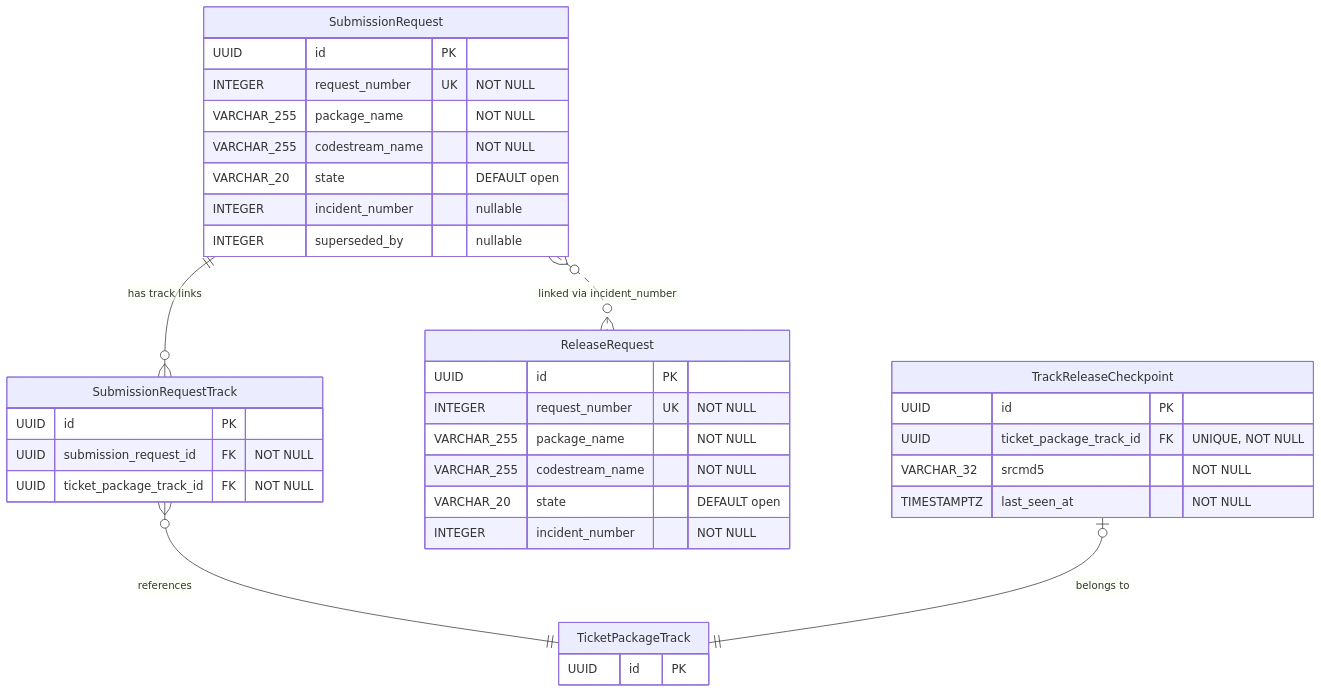
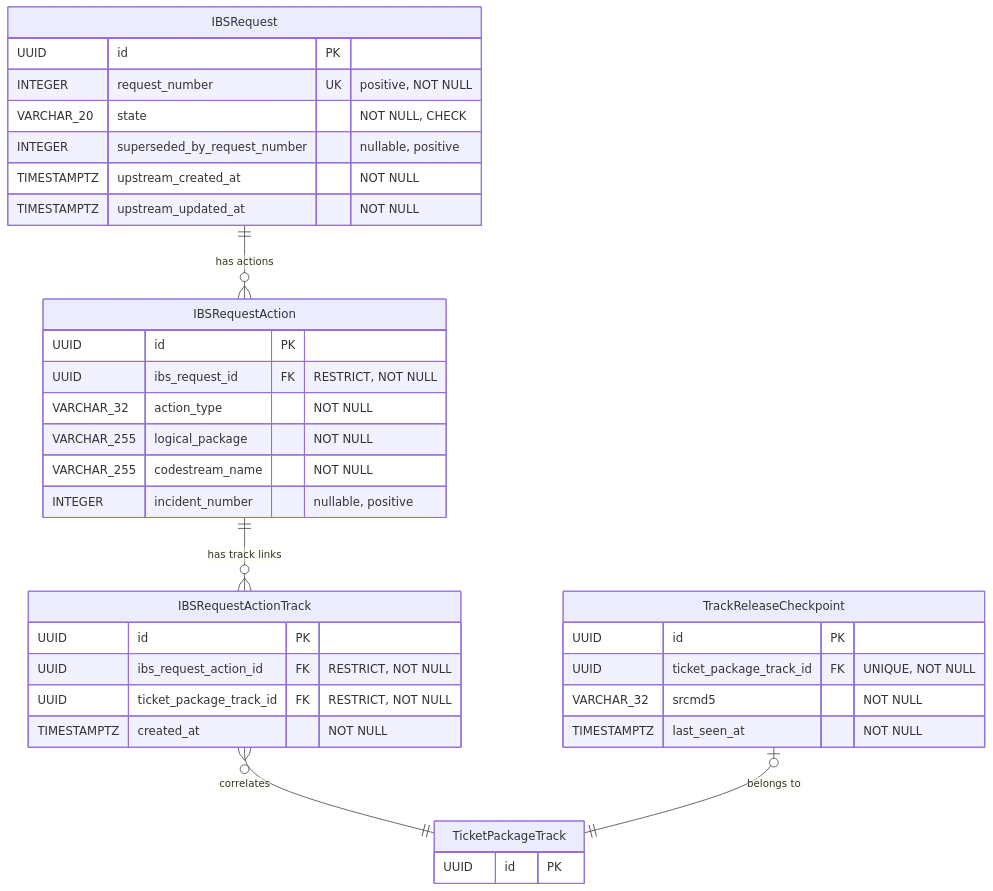
One commit to StayPirate/STAMP changed the sixth of 6 diagrams in docs/data-model.md. Above: the diagram before and after it, drawn with Mermaid. The commit also changed other lines of this file and 25 other files, not shown here.

Commit message:
docs: define IBS request and RabbitMQ contracts (#482)

````diff
--- a/docs/data-model.md
+++ b/docs/data-model.md
@@ -420,39 +423,39 @@
 ```mermaid
 erDiagram
-    SubmissionRequest {
+    IBSRequest {
         UUID id PK
-        INTEGER request_number UK "NOT NULL"
-        VARCHAR_255 package_name "NOT NULL"
+        INTEGER request_number UK "positive, NOT NULL"
+        VARCHAR_20 state "NOT NULL, CHECK"
+        INTEGER superseded_by_request_number "nullable, positive"
+        TIMESTAMPTZ upstream_created_at "NOT NULL"
+        TIMESTAMPTZ upstream_updated_at "NOT NULL"
+    }
+    IBSRequestAction {
+        UUID id PK
+        UUID ibs_request_id FK "RESTRICT, NOT NULL"
+        VARCHAR_32 action_type "NOT NULL"
+        VARCHAR_255 logical_package "NOT NULL"
         VARCHAR_255 codestream_name "NOT NULL"
-        VARCHAR_20 state "DEFAULT open"
-        INTEGER incident_number "nullable"
-        INTEGER superseded_by "nullable"
+        INTEGER incident_number "nullable, positive"
     }
-    SubmissionRequestTrack {
+    IBSRequestActionTrack {
         UUID id PK
-        UUID submission_request_id FK "NOT NULL"
-        UUID ticket_package_track_id FK "NOT NULL"
-    }
-    ReleaseRequest {
-        UUID id PK
-        INTEGER request_number UK "NOT NULL"
-        VARCHAR_255 package_name "NOT NULL"
-        VARCHAR_255 codestream_name "NOT NULL"
-        VARCHAR_20 state "DEFAULT open"
-        INTEGER incident_number "NOT NULL"
+        UUID ibs_request_action_id FK "RESTRICT, NOT NULL"
+        UUID ticket_package_track_id FK "RESTRICT, NOT NULL"
+        TIMESTAMPTZ created_at "NOT NULL"
     }
     TrackReleaseCheckpoint {
         UUID id PK
         UUID ticket_package_track_id FK "UNIQUE, NOT NULL"
         VARCHAR_32 srcmd5 "NOT NULL"
         TIMESTAMPTZ last_seen_at "NOT NULL"
     }
     TicketPackageTrack {
         UUID id PK
     }
 
-    SubmissionRequest ||--o{ SubmissionRequestTrack : "has track links"
-    SubmissionRequestTrack }o--|| TicketPackageTrack : "references"
+    IBSRequest ||--o{ IBSRequestAction : "has actions"
+    IBSRequestAction ||--o{ IBSRequestActionTrack : "has track links"
+    IBSRequestActionTrack }o--|| TicketPackageTrack : "correlates"
     TrackReleaseCheckpoint |o--|| TicketPackageTrack : "belongs to"
-    SubmissionRequest }o..o{ ReleaseRequest : "linked via incident_number"
 ```
````
